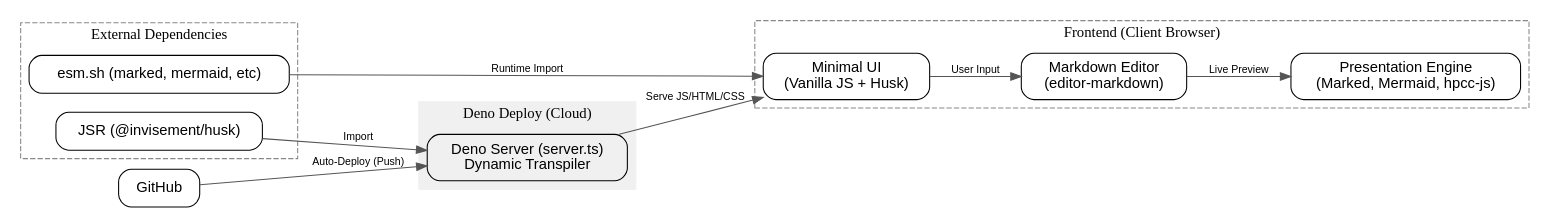
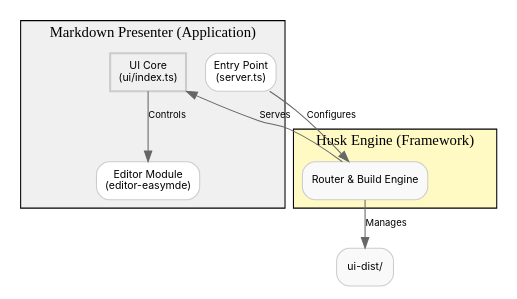
Before and after one commit to invisement/markdown-presentation: the first of 2 diagrams in SPEC.md, drawn with Graphviz. The commit also changed other lines of this file and 6198 other files, not shown here.

Commit message:
Milestone: Husk 2.0 - Deno Workspace refactor, esbuild pipeline, and Tiptap integration

````diff
--- a/SPEC.md
+++ b/SPEC.md
@@ -36,40 +19,31 @@
 ```dot
-digraph Architecture {
-    rankdir=LR;
-    node [shape=box, style=rounded, fontname="Helvetica", margin="0.2,0.1"];
-    edge [fontname="Helvetica", fontsize=10, color="#555555"];
+digraph AppArchitecture {
+    rankdir=TB;
+    node [shape=box, style="rounded,filled", fontname="Inter, Helvetica", fontsize=10, fillcolor="#f9f9f9", color="#cccccc"];
+    edge [fontname="Inter, Helvetica", fontsize=9, color="#666666"];
 
-    subgraph cluster_external {
-        label="External Dependencies";
-        style=dashed;
-        color="#888888";
-        JSR [label="JSR (@invisement/husk)"];
-        ESMSH [label="esm.sh (marked, mermaid, etc)"];
+    subgraph cluster_app {
+        label="Markdown Presenter (Application)";
+        fontname="Inter Bold";
+        fillcolor="#f0f0f0";
+        style=filled;
+
+        UI [label="UI Core\n(ui/index.ts)", fillcolor="#ffffff", style=bold];
+        Server [label="Entry Point\n(server.ts)", fillcolor="#ffffff"];
+        Editor [label="Editor Module\n(editor-easymde)", fillcolor="#ffffff"];
     }
 
-    subgraph cluster_hosting {
-        label="Deno Deploy (Cloud)";
+    subgraph cluster_husk {
+        label="Husk Engine (Framework)";
+        fontname="Inter Bold";
+        fillcolor="#fff9c4";
         style=filled;
-        color="#f0f0f0";
-        Server [label="Deno Server (server.ts)\nDynamic Transpiler"];
+        HuskCore [label="Router & Build Engine"];
     }
 
-    subgraph cluster_frontend {
-        label="Frontend (Client Browser)";
-        style=dashed;
-        color="#888888";
-        
-        UI [label="Minimal UI\n(Vanilla JS + Husk)"];
-        Editor [label="Markdown Editor\n(editor-markdown)"];
-        Renderer [label="Presentation Engine\n(Marked, Mermaid, hpcc-js)"];
-        
-        UI -> Editor [label="User Input"];
-        Editor -> Renderer [label="Live Preview"];
-    }
-
-    GitHub -> Server [label="Auto-Deploy (Push)"];
-    JSR -> Server [label="Import"];
-    Server -> UI [label="Serve JS/HTML/CSS"];
-    ESMSH -> UI [label="Runtime Import"];
+    Server -> HuskCore [label="Configures"];
+    HuskCore -> UI [label="Serves"];
+    UI -> Editor [label="Controls"];
+    HuskCore -> "ui-dist/" [label="Manages"];
 }
 ```
````
